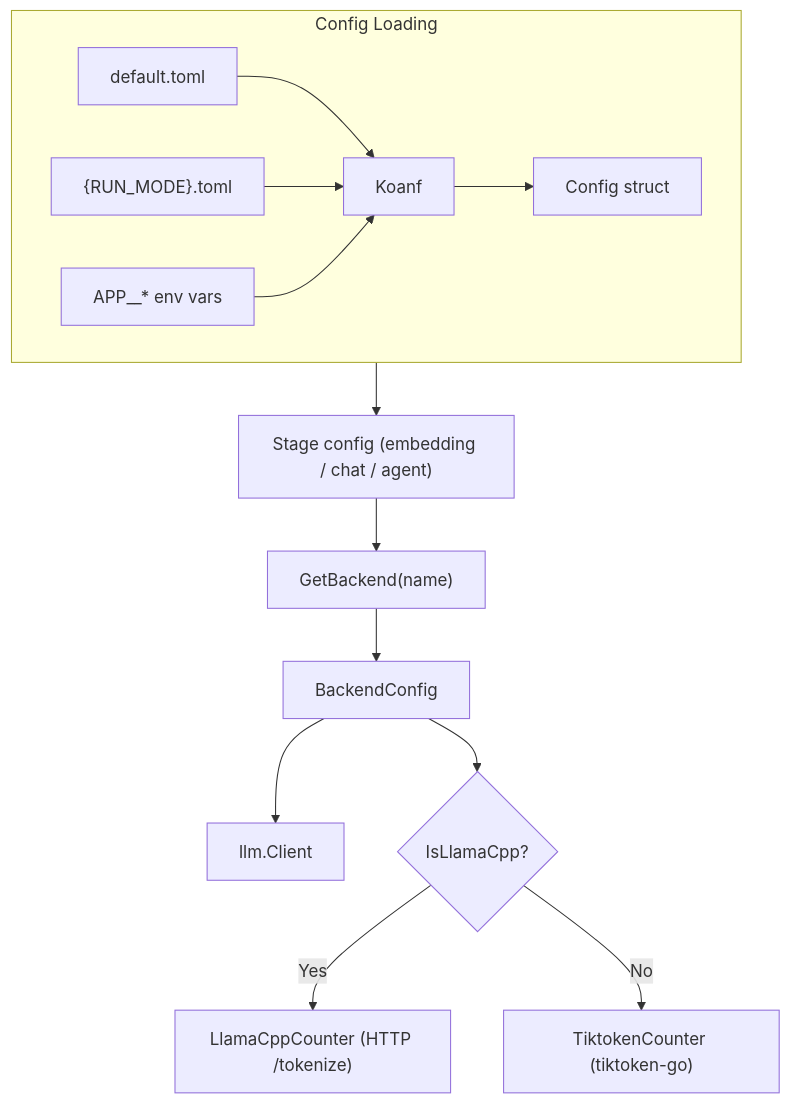
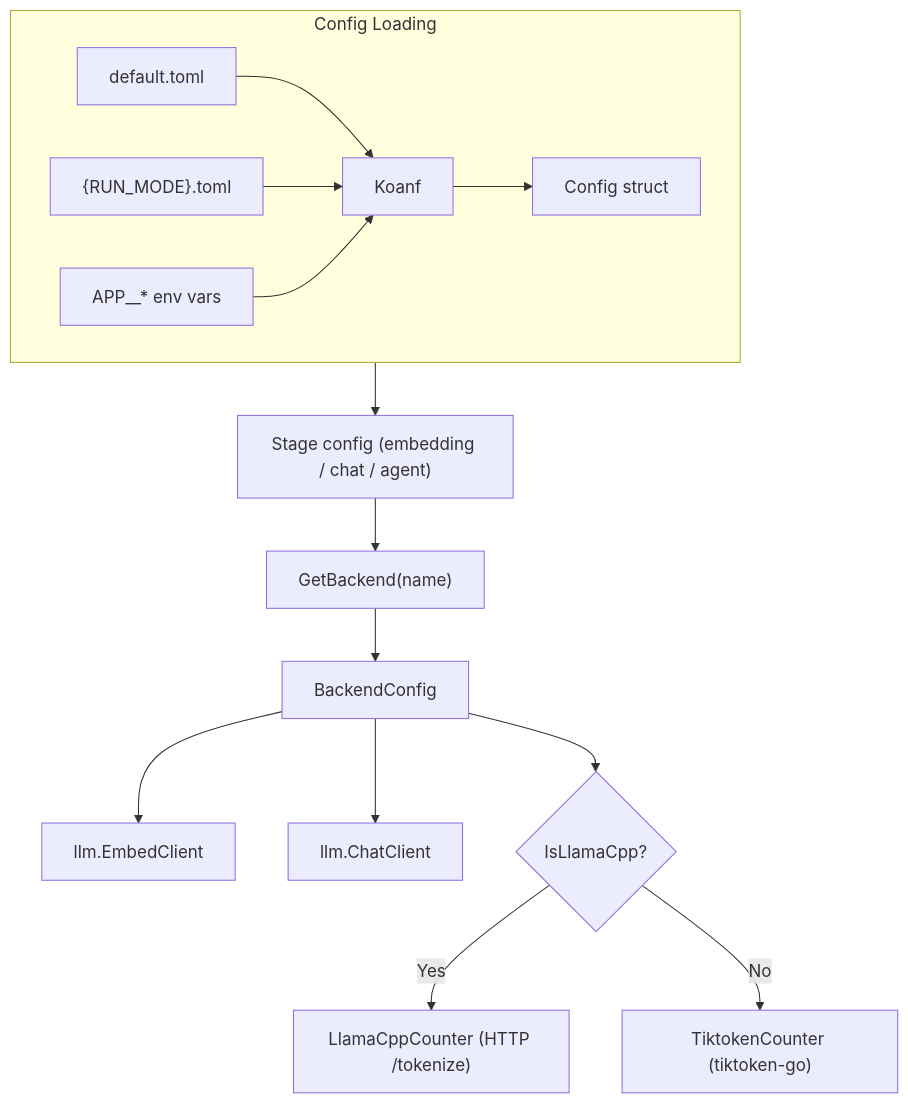
One commit to klnstprx/etsi-rag changed the sixth of 8 diagrams in docs/diagrams.md. Above: the diagram before and after it, drawn with Mermaid. The commit also changed other lines of this file and 5 other files, not shown here.

First line of the commit message:
docs: update for agent-centric architecture

````diff
--- a/docs/diagrams.md
+++ b/docs/diagrams.md
@@ -186,17 +186,18 @@
 ```mermaid
 flowchart TD
     subgraph Loading["Config Loading"]
         direction LR
         Default["default.toml"] & EnvToml["{RUN_MODE}.toml"] & EnvVars["APP__* env vars"] --> Koanf
         Koanf --> Config["Config struct"]
     end
 
     Config --> Stage["Stage config (embedding / chat / agent)"]
     Stage --> Resolve["GetBackend(name)"]
     Resolve --> Backend["BackendConfig"]
 
-    Backend --> Client["llm.Client"]
+    Backend --> EmbedClient["llm.EmbedClient"]
+    Backend --> ChatClient["llm.ChatClient"]
     Backend --> Counter{"IsLlamaCpp?"}
     Counter -->|"Yes"| LlamaCounter["LlamaCppCounter (HTTP /tokenize)"]
     Counter -->|"No"| Tiktoken["TiktokenCounter (tiktoken-go)"]
 ```
````
